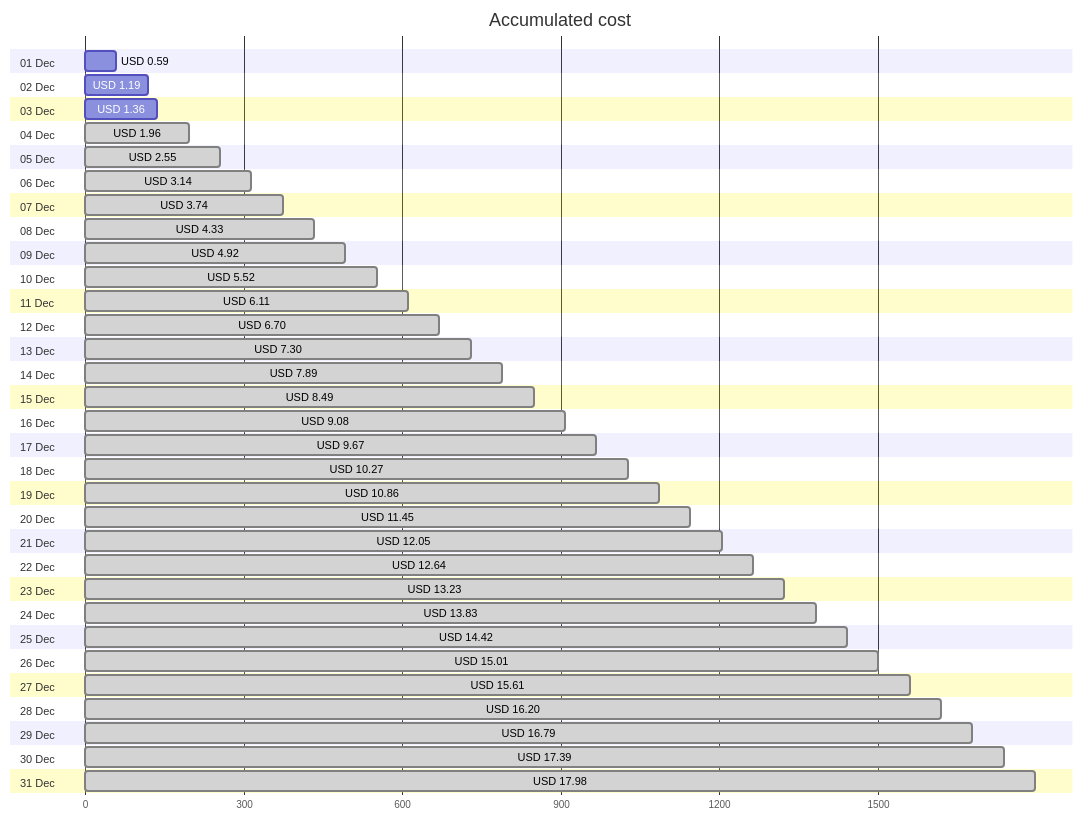
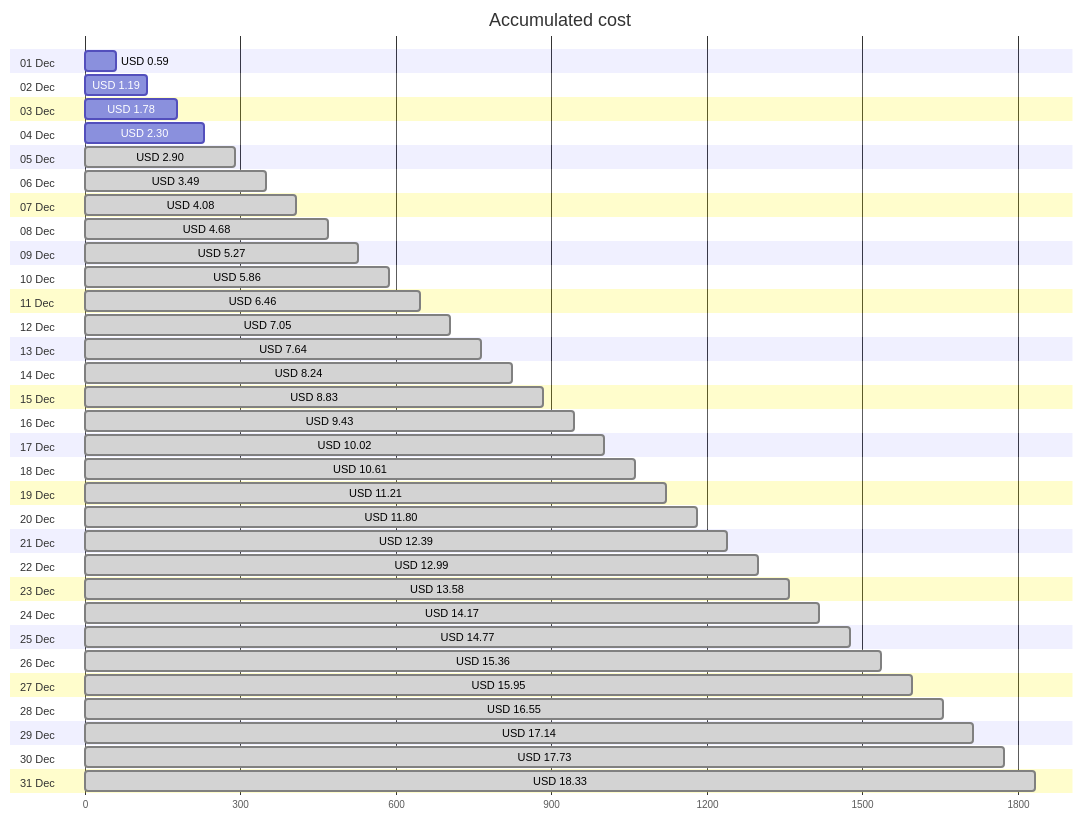
One commit to jpfulton/azure-personal-reports changed the first of 4 diagrams in cost-reports/personal-site/README.md. Above: the diagram before and after it, drawn with Mermaid. The commit also changed other lines of this file and 8 other files, not shown here.

````diff
--- a/cost-reports/personal-site/README.md
+++ b/cost-reports/personal-site/README.md
@@ -20,68 +20,68 @@
 ```mermaid
 gantt
    title Accumulated cost
    dateFormat  X
    axisFormat %s
    section 01 Dec
    USD 0.59 :0, 59
    section 02 Dec
    USD 1.19 :0, 119
    section 03 Dec
-   USD 1.36 :0, 136
+   USD 1.78 :0, 178
    section 04 Dec
-   USD 1.96 : done, 0, 196
+   USD 2.30 :0, 230
    section 05 Dec
-   USD 2.55 : done, 0, 255
+   USD 2.90 : done, 0, 290
    section 06 Dec
-   USD 3.14 : done, 0, 314
+   USD 3.49 : done, 0, 349
    section 07 Dec
-   USD 3.74 : done, 0, 374
+   USD 4.08 : done, 0, 408
    section 08 Dec
-   USD 4.33 : done, 0, 433
+   USD 4.68 : done, 0, 468
    section 09 Dec
-   USD 4.92 : done, 0, 492
+   USD 5.27 : done, 0, 527
    section 10 Dec
-   USD 5.52 : done, 0, 552
+   USD 5.86 : done, 0, 586
    section 11 Dec
-   USD 6.11 : done, 0, 611
+   USD 6.46 : done, 0, 646
    section 12 Dec
-   USD 6.70 : done, 0, 670
+   USD 7.05 : done, 0, 705
    section 13 Dec
-   USD 7.30 : done, 0, 730
+   USD 7.64 : done, 0, 764
    section 14 Dec
-   USD 7.89 : done, 0, 789
+   USD 8.24 : done, 0, 824
    section 15 Dec
-   USD 8.49 : done, 0, 849
+   USD 8.83 : done, 0, 883
    section 16 Dec
-   USD 9.08 : done, 0, 908
+   USD 9.43 : done, 0, 943
    section 17 Dec
-   USD 9.67 : done, 0, 967
+   USD 10.02 : done, 0, 1002
    section 18 Dec
-   USD 10.27 : done, 0, 1027
+   USD 10.61 : done, 0, 1061
    section 19 Dec
-   USD 10.86 : done, 0, 1086
+   USD 11.21 : done, 0, 1121
    section 20 Dec
-   USD 11.45 : done, 0, 1145
+   USD 11.80 : done, 0, 1180
    section 21 Dec
-   USD 12.05 : done, 0, 1205
+   USD 12.39 : done, 0, 1239
    section 22 Dec
-   USD 12.64 : done, 0, 1264
+   USD 12.99 : done, 0, 1299
    section 23 Dec
-   USD 13.23 : done, 0, 1323
+   USD 13.58 : done, 0, 1358
    section 24 Dec
-   USD 13.83 : done, 0, 1383
+   USD 14.17 : done, 0, 1417
    section 25 Dec
-   USD 14.42 : done, 0, 1442
+   USD 14.77 : done, 0, 1477
    section 26 Dec
-   USD 15.01 : done, 0, 1501
+   USD 15.36 : done, 0, 1536
    section 27 Dec
-   USD 15.61 : done, 0, 1561
+   USD 15.95 : done, 0, 1595
    section 28 Dec
-   USD 16.20 : done, 0, 1620
+   USD 16.55 : done, 0, 1655
    section 29 Dec
-   USD 16.79 : done, 0, 1679
+   USD 17.14 : done, 0, 1714
    section 30 Dec
-   USD 17.39 : done, 0, 1739
+   USD 17.73 : done, 0, 1773
    section 31 Dec
-   USD 17.98 : done, 0, 1798
+   USD 18.33 : done, 0, 1833
 ```
````
